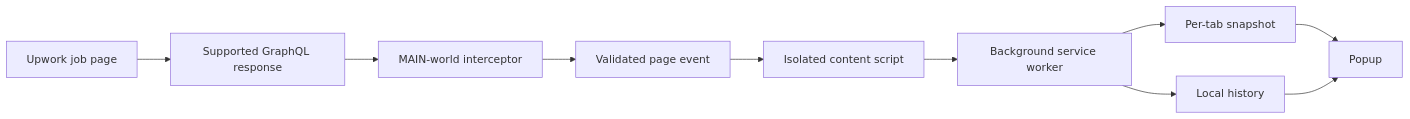
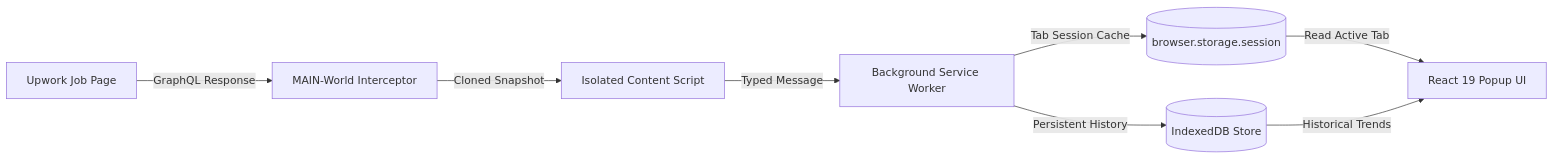
One commit to sfsajid91/upwork-tools changed the diagram in README.md. Above: the diagram before and after it, drawn with Mermaid. The commit also changed other lines of this file and 10 other files, not shown here.

````diff
--- a/README.md
+++ b/README.md
@@ -58,12 +93,10 @@
 ```mermaid
 flowchart LR
-  A[Upwork job page] --> B[Supported GraphQL response]
-  B --> C[MAIN-world interceptor]
-  C --> D[Validated page event]
-  D --> E[Isolated content script]
-  E --> F[Background service worker]
-  F --> G[Per-tab snapshot]
-  F --> H[Local history]
-  G --> I[Popup]
-  H --> I
+    A[Upwork Job Page] -->|GraphQL Response| B[MAIN-World Interceptor]
+    B -->|Cloned Snapshot| C[Isolated Content Script]
+    C -->|Typed Message| D[Background Service Worker]
+    D -->|Tab Session Cache| E[(browser.storage.session)]
+    D -->|Persistent History| F[(IndexedDB Store)]
+    E -->|Read Active Tab| G[React 19 Popup UI]
+    F -->|Historical Trends| G
 ```
````
